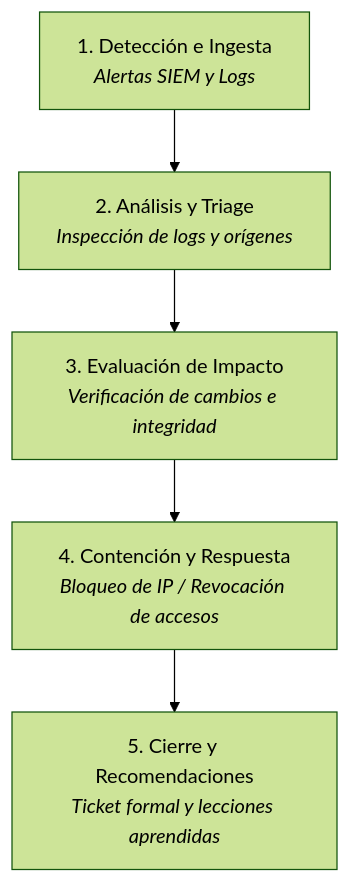
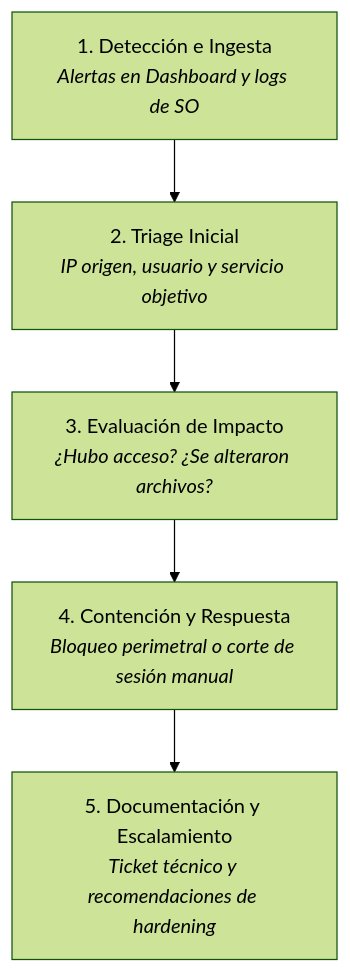
Before and after one commit to SantiagoDandrea/Wazuh-SOC-Lab: the diagram in docs/metodologia/README.md, drawn with Mermaid (forest theme). The commit also changed other lines of this file and 14 other files, not shown here.

````diff
--- a/docs/metodologia/README.md
+++ b/docs/metodologia/README.md
@@ -21,7 +24,7 @@
 ```mermaid
 flowchart TD
-    A["1. Detección e Ingesta<br/><i>Alertas SIEM y Logs</i>"] --> B["2. Análisis y Triage<br/><i>Inspección de logs y orígenes</i>"]
-    B --> C["3. Evaluación de Impacto<br/><i>Verificación de cambios e integridad</i>"]
-    C --> D["4. Contención y Respuesta<br/><i>Bloqueo de IP / Revocación de accesos</i>"]
-    D --> E["5. Cierre y Recomendaciones<br/><i>Ticket formal y lecciones aprendidas</i>"]
+    A["1. Detección e Ingesta<br/><i>Alertas en Dashboard y logs de SO</i>"] --> B["2. Triage Inicial<br/><i>IP origen, usuario y servicio objetivo</i>"]
+    B --> C["3. Evaluación de Impacto<br/><i>¿Hubo acceso? ¿Se alteraron archivos?</i>"]
+    C --> D["4. Contención y Respuesta<br/><i>Bloqueo perimetral o corte de sesión manual</i>"]
+    D --> E["5. Documentación y Escalamiento<br/><i>Ticket técnico y recomendaciones de hardening</i>"]
 ```
````
